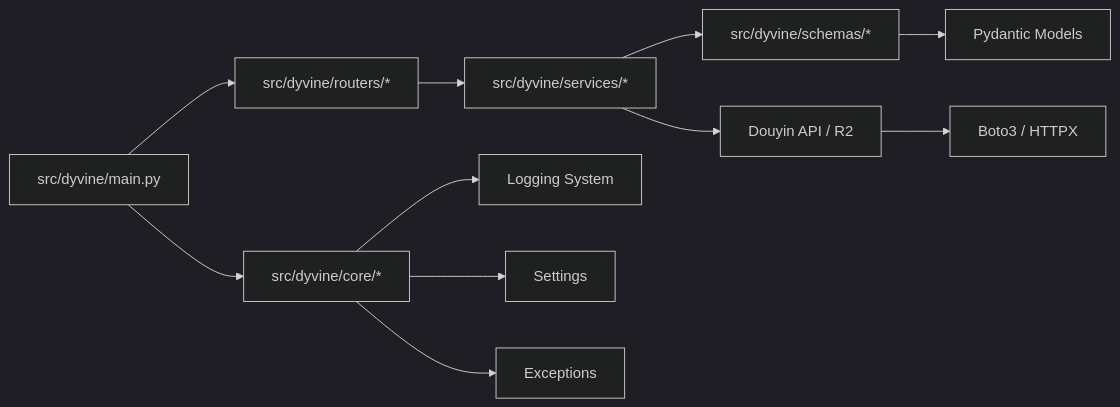
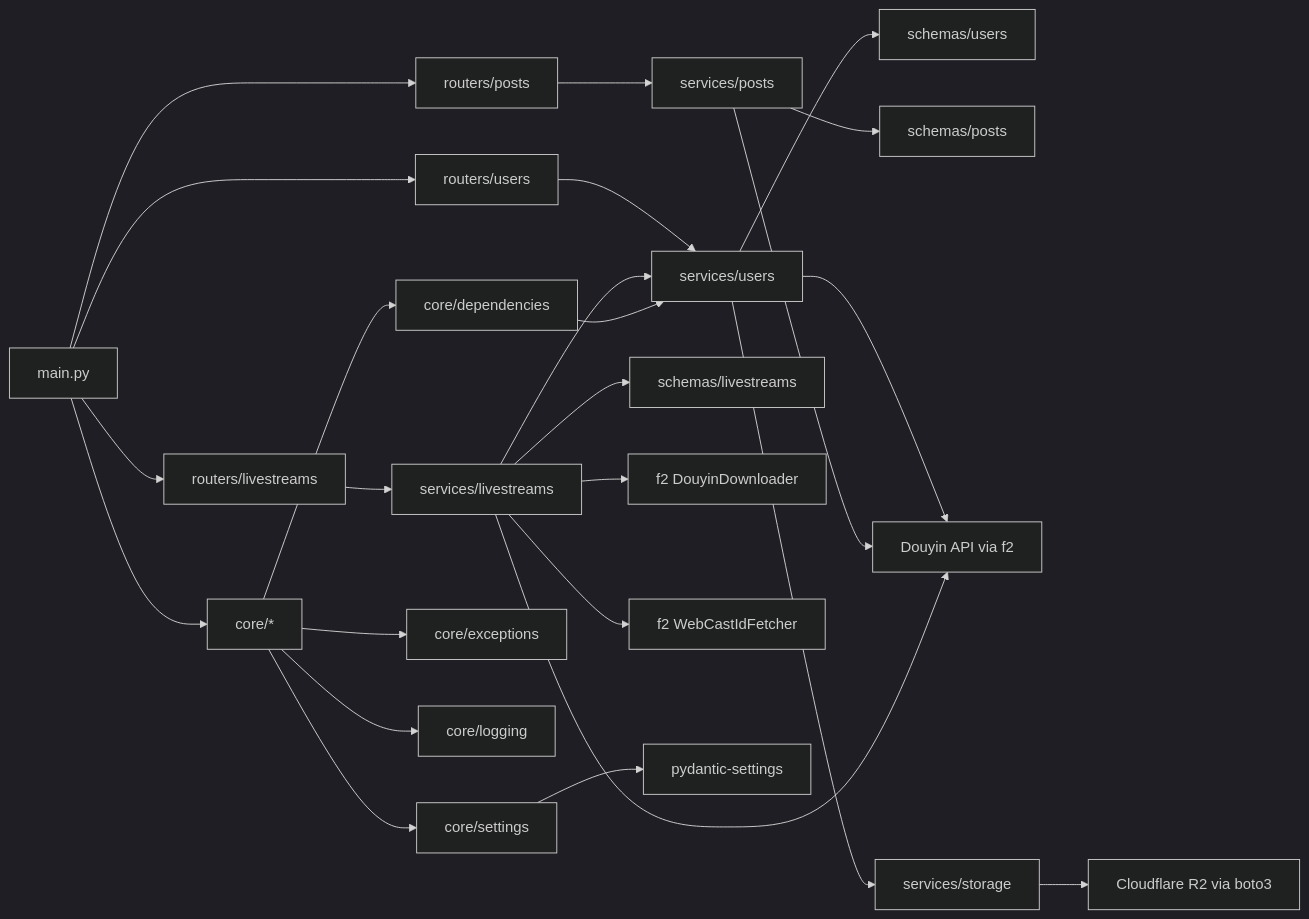
Before and after one commit to memenow/dyvine: the diagram in docs/architecture/dependency-graph.md, drawn with Mermaid (dark theme). The commit also changed other lines of this file and 21 other files, not shown here.

````diff
--- a/docs/architecture/dependency-graph.md
+++ b/docs/architecture/dependency-graph.md
@@ -11,13 +11,34 @@
 ```mermaid
 graph LR
-    Main[src/dyvine/main.py] --> Routers[src/dyvine/routers/*]
-    Main --> Core[src/dyvine/core/*]
-    Routers --> Services[src/dyvine/services/*]
-    Services --> Schemas[src/dyvine/schemas/*]
-    Services --> External[Douyin API / R2]
-    Core --> Logging[Logging System]
-    Core --> Settings[Settings]
-    Core --> Exceptions[Exceptions]
-    Schemas --> Pydantic[Pydantic Models]
-    External --> Boto3[Boto3 / HTTPX]
+    Main[main.py] --> RouterU[routers/users]
+    Main --> RouterP[routers/posts]
+    Main --> RouterL[routers/livestreams]
+    Main --> Core[core/*]
+
+    RouterU --> SvcU[services/users]
+    RouterP --> SvcP[services/posts]
+    RouterL --> SvcL[services/livestreams]
+
+    SvcU --> SchU[schemas/users]
+    SvcP --> SchP[schemas/posts]
+    SvcL --> SchL[schemas/livestreams]
+
+    SvcU --> Douyin[Douyin API via f2]
+    SvcP --> Douyin
+    SvcL --> Douyin
+    SvcL --> SvcU
+
+    SvcL --> F2DL[f2 DouyinDownloader]
+    SvcL --> F2Util[f2 WebCastIdFetcher]
+
+    SvcU --> Storage[services/storage]
+    Storage --> R2[Cloudflare R2 via boto3]
+
+    Core --> Settings[core/settings]
+    Core --> Exceptions[core/exceptions]
+    Core --> Logging[core/logging]
+    Core --> Deps[core/dependencies]
+
+    Deps --> SvcU
+    Settings --> PydanticSettings[pydantic-settings]
 ```
````
